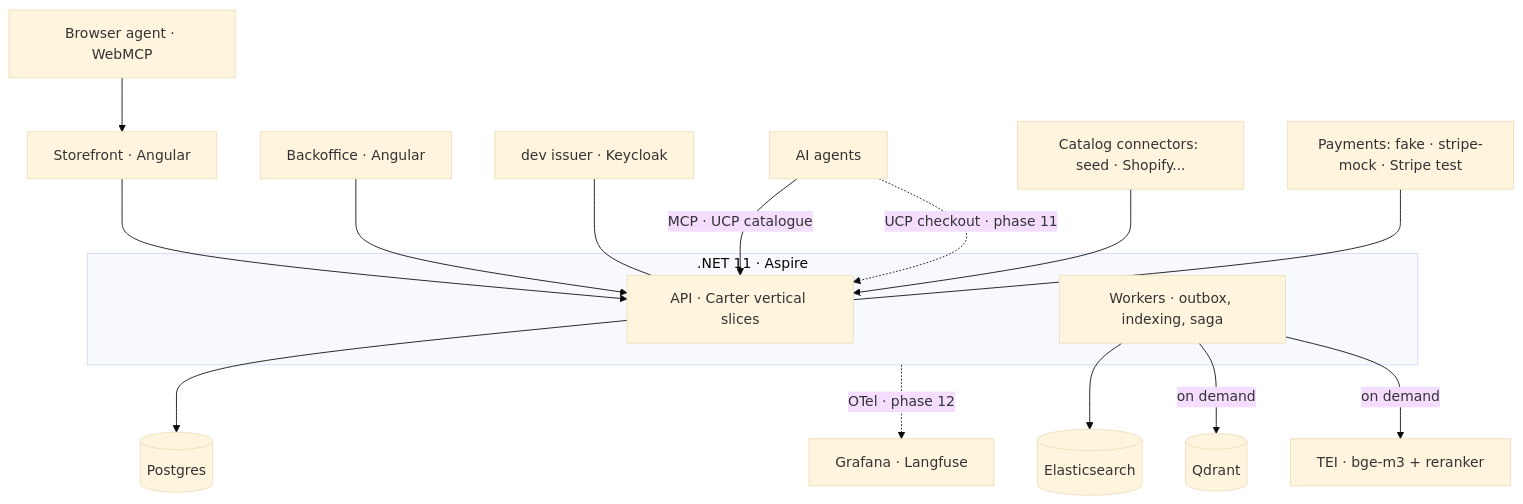
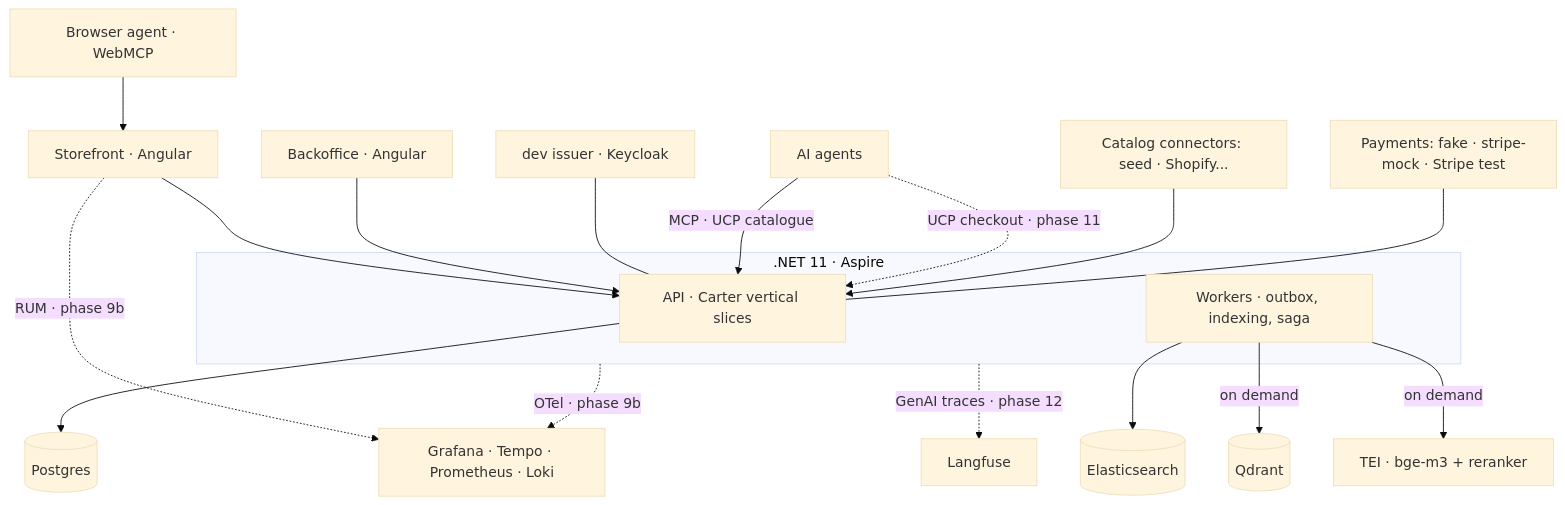
One commit to juanluelguerre/tendero changed the diagram in README.md. Above: the diagram before and after it, drawn with Mermaid (base theme). The commit also changed other lines of this file and 9 other files, not shown here.

````diff
--- a/README.md
+++ b/README.md
@@ -61,20 +61,22 @@
 ```mermaid
 flowchart TB
     WM[Browser agent · WebMCP] --> SF
     SF[Storefront · Angular] --> API
     BO[Backoffice · Angular] --> API
     IDP[dev issuer · Keycloak] --- API
     AG[AI agents] -->|MCP · UCP catalogue| API
     AG -.->|UCP checkout · phase 11| API
     subgraph Backend [.NET 11 · Aspire]
         API[API · Carter vertical slices]
         WK[Workers · outbox, indexing, saga]
     end
     API --> PG[(Postgres)]
     WK --> ES[(Elasticsearch)]
     WK -->|on demand| QD[(Qdrant)]
     WK -->|on demand| OL[TEI · bge-m3 + reranker]
-    Backend -.->|OTel · phase 12| OBS[Grafana · Langfuse]
+    Backend -.->|OTel · phase 9b| OBS[Grafana · Tempo · Prometheus · Loki]
+    SF -.->|RUM · phase 9b| OBS
+    Backend -.->|GenAI traces · phase 12| LF[Langfuse]
     EXT[Catalog connectors: seed · Shopify...] --> API
     PAY[Payments: fake · stripe-mock · Stripe test] --- API
 ```
````
